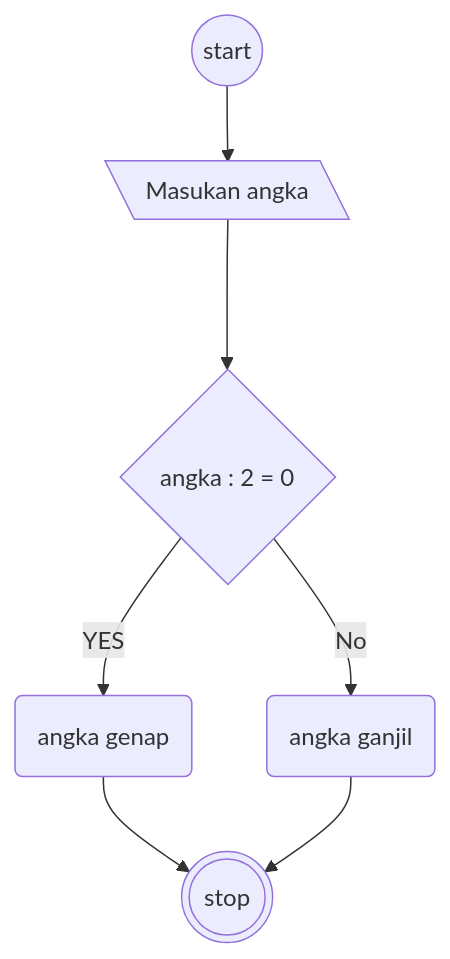
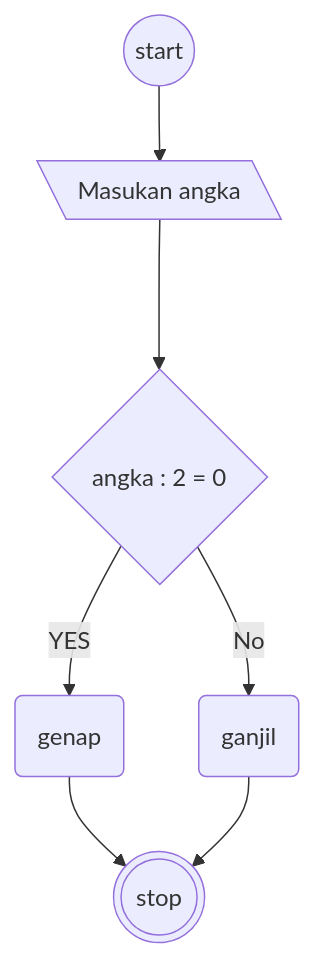
The diagram in MiniTask4.md (ariekas/koda-b4-algoritma), drawn with Mermaid before and after one commit.

````diff
--- a/MiniTask4.md
+++ b/MiniTask4.md
@@ -3,15 +3,15 @@
 ```mermaid
 flowchart TD
 Start((start))
 InputAngka[\Masukan angka\]
 Perhitungan{angka : 2 = 0}
-ProsessGanjil(angka ganjil)
-ProsessGenap(angka genap)
+ProsessGanjil("ganjil")
+ProsessGenap("genap")
 Stop(((stop)))
 
 Start --> InputAngka
 InputAngka ---> Perhitungan
 Perhitungan -- YES --> ProsessGenap --> Stop
 Perhitungan -- No --> ProsessGanjil --> Stop
 
 ```
````
